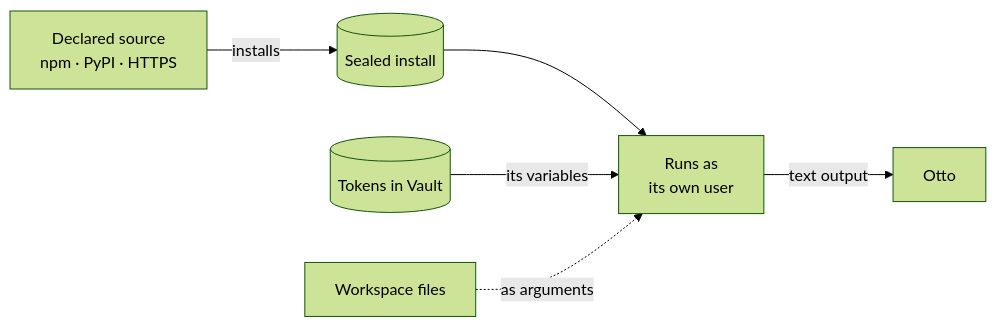
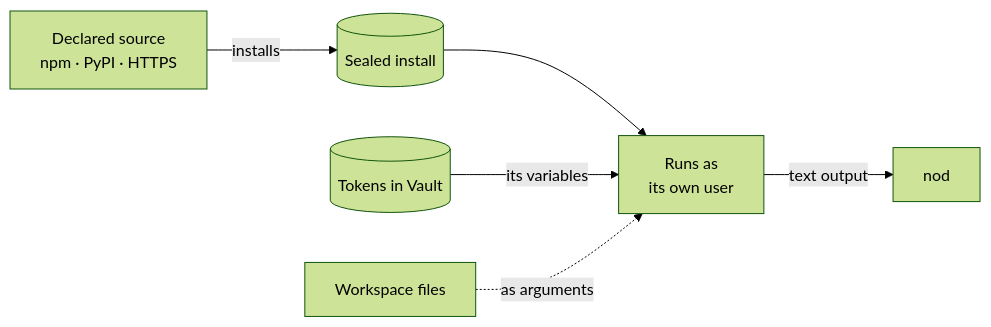
Before and after one commit to KrishBhimani/nod: the diagram in docs/src/content/docs/connect/mcp-api-cli.md, drawn with Mermaid (forest theme). The commit also changed other lines of this file and 380 other files, not shown here.

Commit message:
feat!: rename Otto to nod (#398)

````diff
--- a/docs/src/content/docs/connect/mcp-api-cli.md
+++ b/docs/src/content/docs/connect/mcp-api-cli.md
@@ -42,8 +42,8 @@
 ```mermaid
 flowchart LR
   source[Declared source<br/>npm · PyPI · HTTPS] -- installs --> sealed[(Sealed install)]
   sealed --> runner[Runs as<br/>its own user]:::go
   token[(Tokens in Vault)]:::accent -- its variables --> runner
   files[Workspace files]:::muted -. as arguments .-> runner
-  runner -- text output --> otto[Otto]
+  runner -- text output --> nod[nod]
 ```
````
